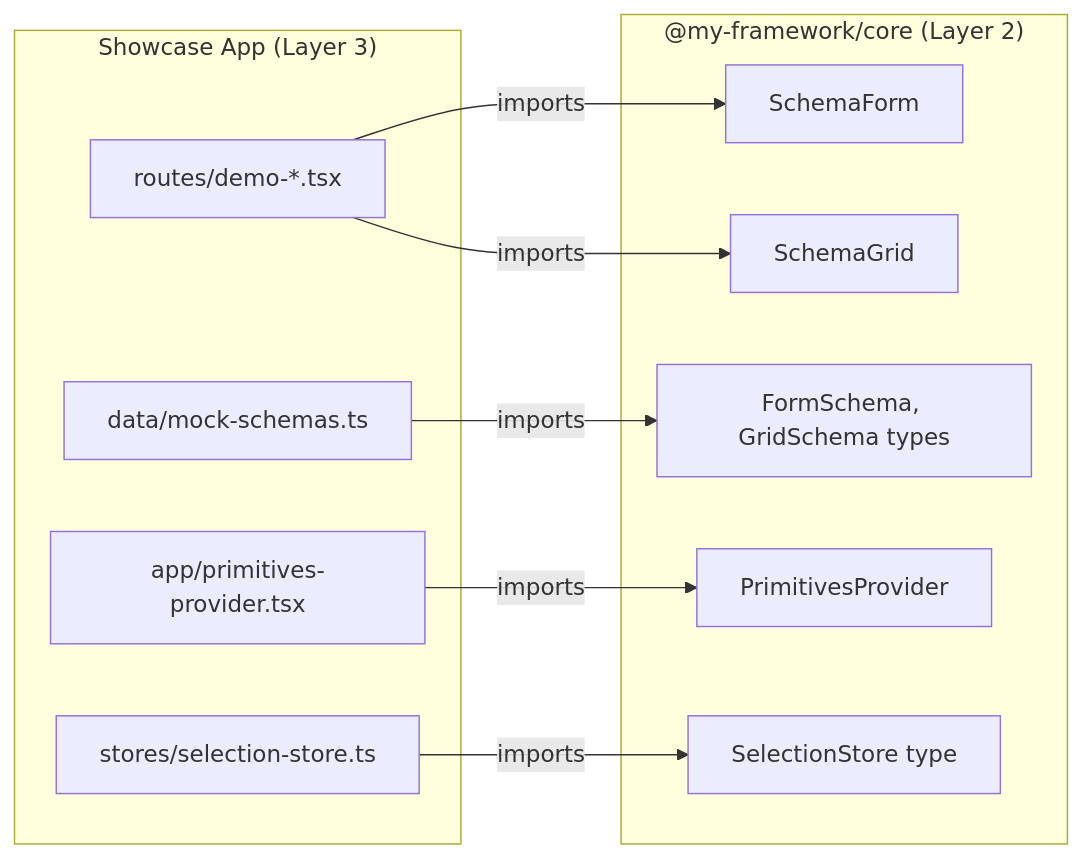
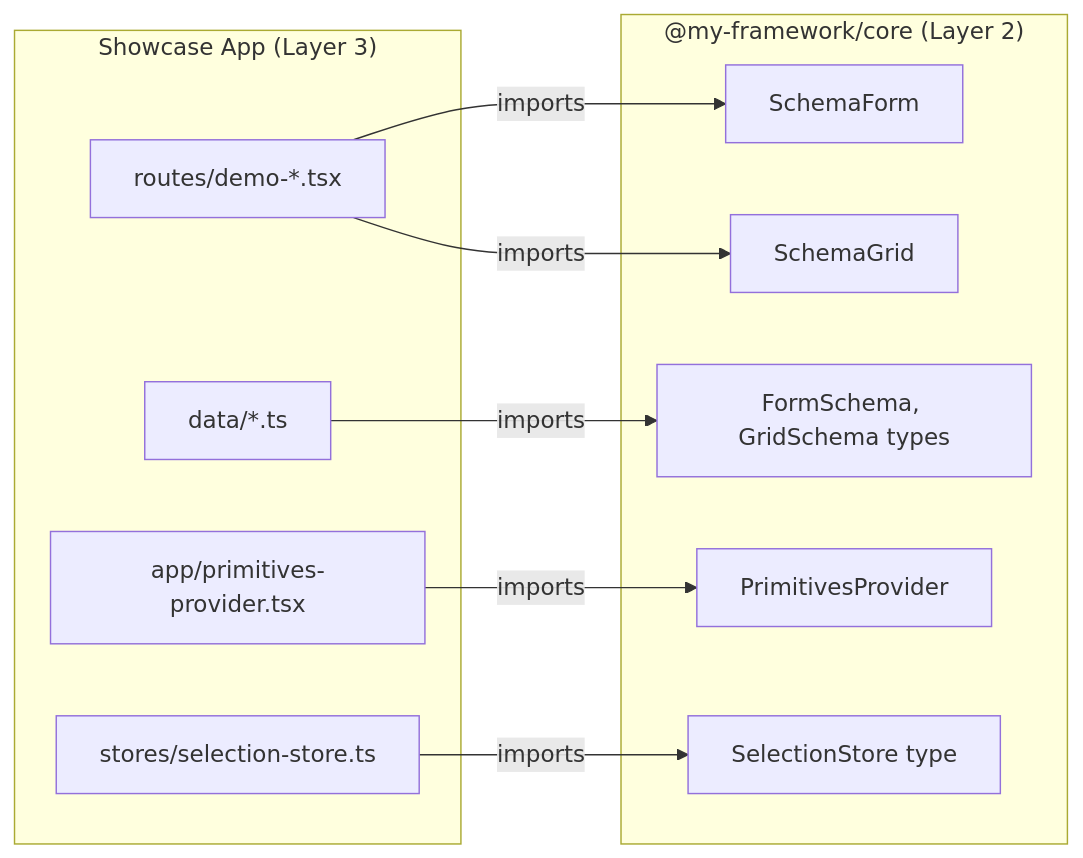
One commit to WianVDM/schema-framework changed the second of 2 diagrams in apps/showcase/src/.context.md. Above: the diagram before and after it, drawn with Mermaid. The commit also changed other lines of this file and 29 other files, not shown here.

````diff
--- a/apps/showcase/src/.context.md
+++ b/apps/showcase/src/.context.md
@@ -96,22 +155,22 @@
 ```mermaid
 graph LR
     subgraph "Showcase App (Layer 3)"
         Routes["routes/demo-*.tsx"]
-        MockData["data/mock-schemas.ts"]
+        DataFiles["data/*.ts"]
         Provider["app/primitives-provider.tsx"]
         Store["stores/selection-store.ts"]
     end
     subgraph "@my-framework/core (Layer 2)"
         SchemaForm["SchemaForm"]
         SchemaGrid["SchemaGrid"]
         FormSchemaType["FormSchema, GridSchema types"]
         PrimitivesProv["PrimitivesProvider"]
         SelectionStoreType["SelectionStore type"]
     end
 
     Routes -->|imports| SchemaForm
     Routes -->|imports| SchemaGrid
-    MockData -->|imports| FormSchemaType
+    DataFiles -->|imports| FormSchemaType
     Provider -->|imports| PrimitivesProv
     Store -->|imports| SelectionStoreType
 ```
````
